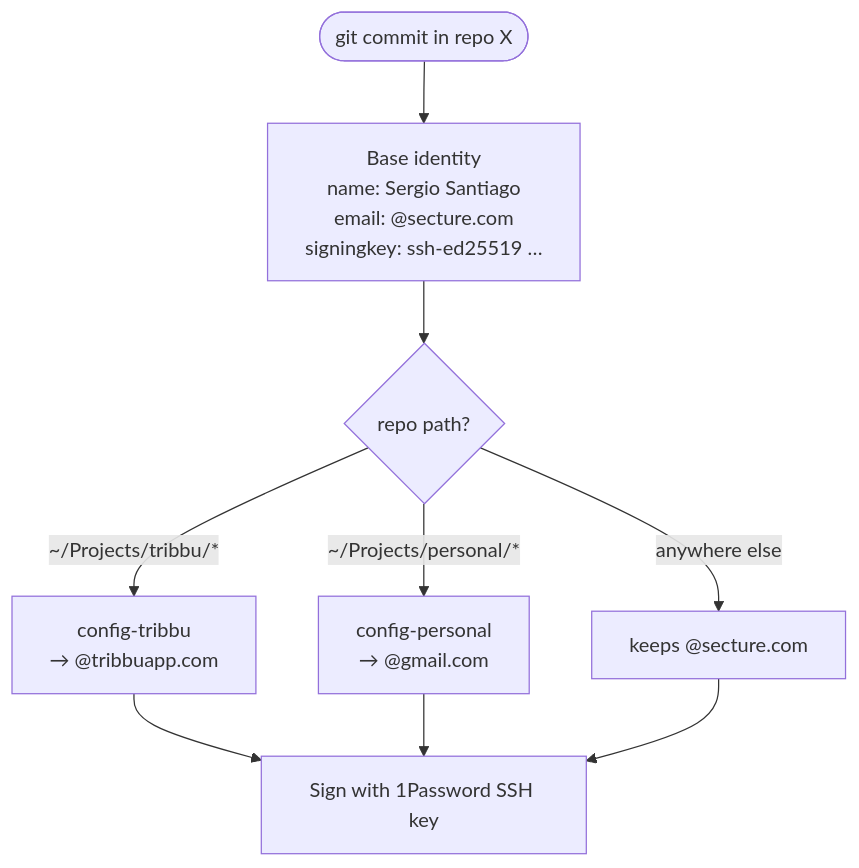
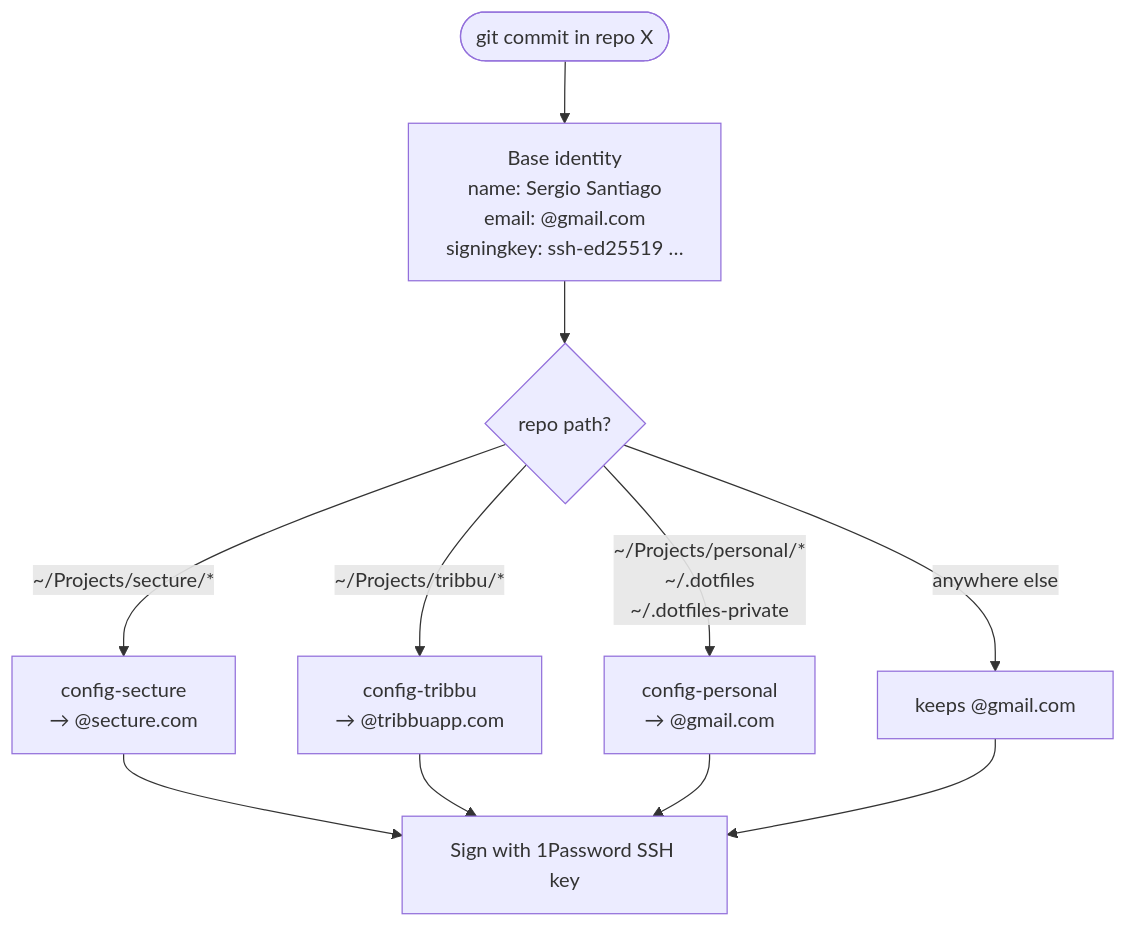
Before and after one commit to sergio-santiago/.dotfiles: the fourth of 5 diagrams in README.md, drawn with Mermaid. The commit also changed other lines of this file and 3 other files, not shown here.

````diff
--- a/README.md
+++ b/README.md
@@ -260,11 +270,13 @@
 ```mermaid
 flowchart TD
-    start(["git commit in repo X"]) --> base["Base identity<br/>name: Sergio Santiago<br/>email: @secture.com<br/>signingkey: ssh-ed25519 …"]
+    start(["git commit in repo X"]) --> base["Base identity<br/>name: Sergio Santiago<br/>email: @gmail.com<br/>signingkey: ssh-ed25519 …"]
     base --> q{"repo path?"}
+    q -->|"~/Projects/secture/*"| s["config-secture<br/>→ @secture.com"]
     q -->|"~/Projects/tribbu/*"| t["config-tribbu<br/>→ @tribbuapp.com"]
-    q -->|"~/Projects/personal/*"| p["config-personal<br/>→ @gmail.com"]
-    q -->|"anywhere else"| d["keeps @secture.com"]
-    t --> sign["Sign with 1Password SSH key"]
+    q -->|"~/Projects/personal/*<br/>~/.dotfiles<br/>~/.dotfiles-private"| p["config-personal<br/>→ @gmail.com"]
+    q -->|"anywhere else"| d["keeps @gmail.com"]
+    s --> sign["Sign with 1Password SSH key"]
+    t --> sign
     p --> sign
     d --> sign
 ```
````
